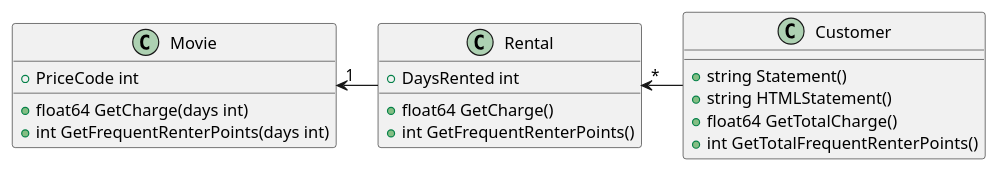
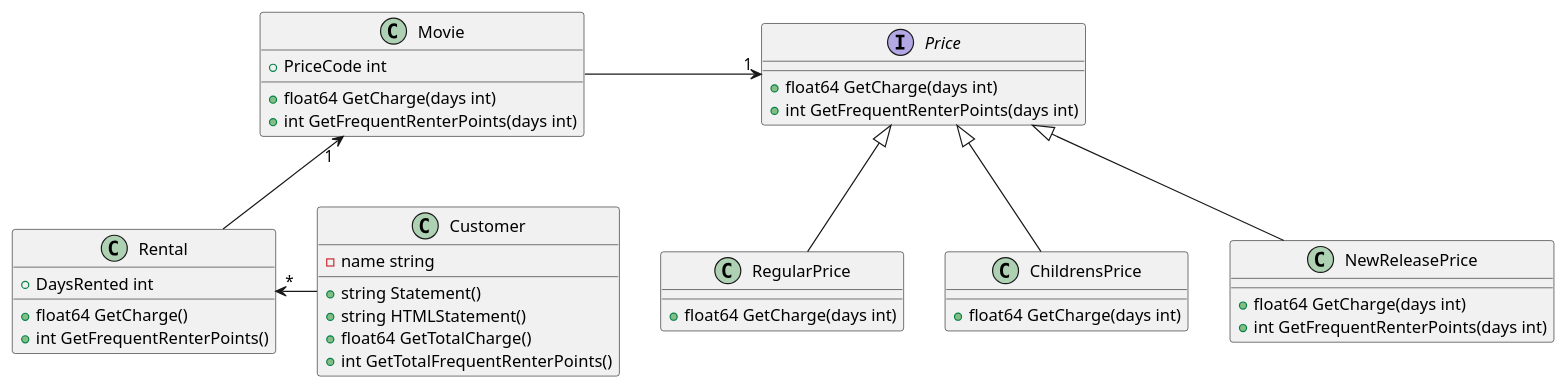
One commit to LiuPai/refactoring changed the diagram in VideoStore/diagram/class.puml. Above: the diagram before and after it, drawn with PlantUML. The commit also changed 7 other files, not shown here.

```diff
--- a/VideoStore/diagram/class.puml
+++ b/VideoStore/diagram/class.puml
@@ -1,18 +1,37 @@
 class Movie {
 + PriceCode int
 + float64 GetCharge(days int)
 + int GetFrequentRenterPoints(days int)
 }
 class Rental {
 + DaysRented int
 + float64 GetCharge()
 + int GetFrequentRenterPoints()
 }
 class Customer {
+- name string
 + string Statement()
 + string HTMLStatement()
 + float64 GetTotalCharge()
 + int GetTotalFrequentRenterPoints()
 }
+interface Price {
++ float64 GetCharge(days int)
++ int GetFrequentRenterPoints(days int)
+}
+class ChildrensPrice {
++ float64 GetCharge(days int)
+}
+class NewReleasePrice {
++ float64 GetCharge(days int)
++ int GetFrequentRenterPoints(days int)
+}
+class RegularPrice {
++ float64 GetCharge(days int)
+}
 Customer -l-> "*" Rental
-Rental -l-> "1" Movie
+Rental -u-> "1" Movie
+Movie -r-> "1" Price
+ChildrensPrice -u-|> Price
+NewReleasePrice -u-|> Price
+RegularPrice -u-|> Price
```
